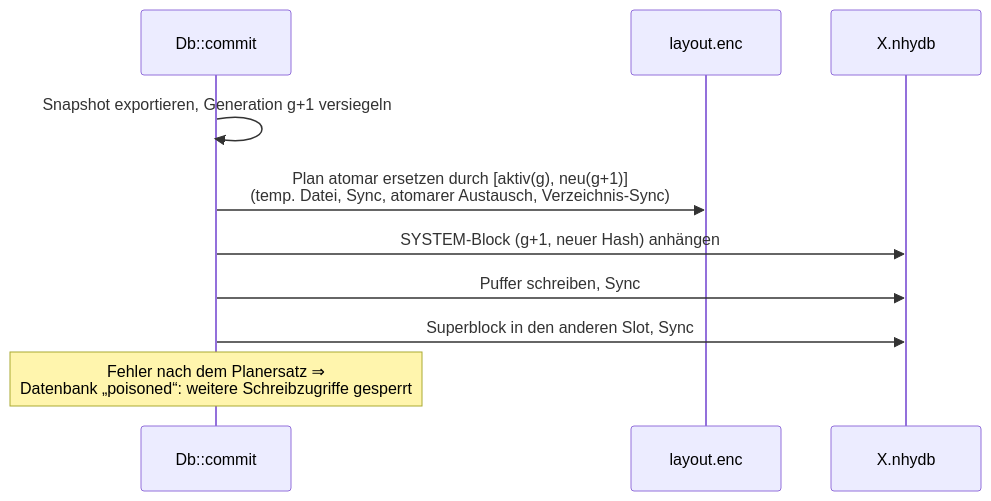
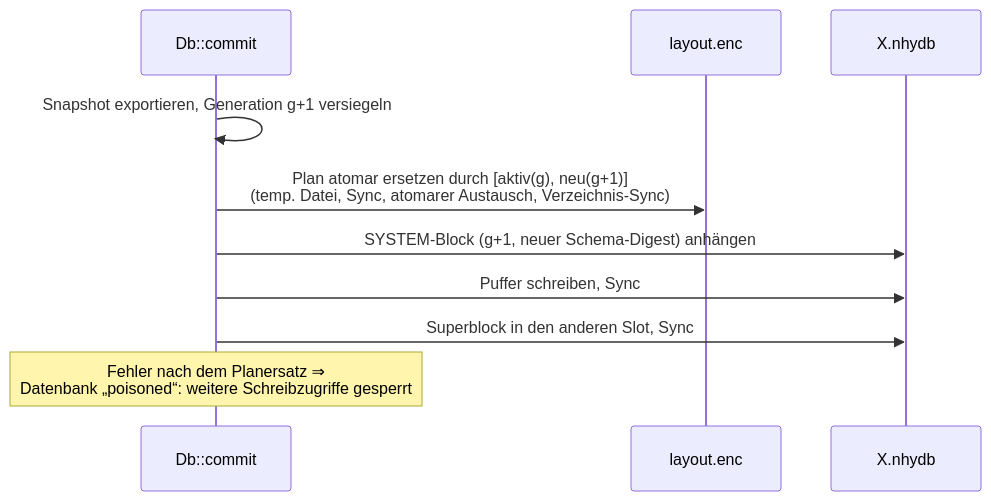
One commit to nhydb-run4/NHyDB changed the fourth of 7 diagrams in docs/de/NHyDB_Technische_Dokumentation.md. Above: the diagram before and after it, drawn with Mermaid. The commit also changed other lines of this file and 102 other files, not shown here.

````diff
--- a/docs/de/NHyDB_Technische_Dokumentation.md
+++ b/docs/de/NHyDB_Technische_Dokumentation.md
@@ -1064,12 +1205,12 @@
 ```mermaid
 sequenceDiagram
     participant D as Db::commit
     participant P as layout.enc
     participant F as X.nhydb
     D->>D: Snapshot exportieren, Generation g+1 versiegeln
     D->>P: Plan atomar ersetzen durch [aktiv(g), neu(g+1)]<br/>(temp. Datei, Sync, atomarer Austausch, Verzeichnis-Sync)
-    D->>F: SYSTEM-Block (g+1, neuer Hash) anhängen
+    D->>F: SYSTEM-Block (g+1, neuer Schema-Digest) anhängen
     D->>F: Puffer schreiben, Sync
     D->>F: Superblock in den anderen Slot, Sync
     Note over D: Fehler nach dem Planersatz ⇒<br/>Datenbank „poisoned“: weitere Schreibzugriffe gesperrt
 ```
````
